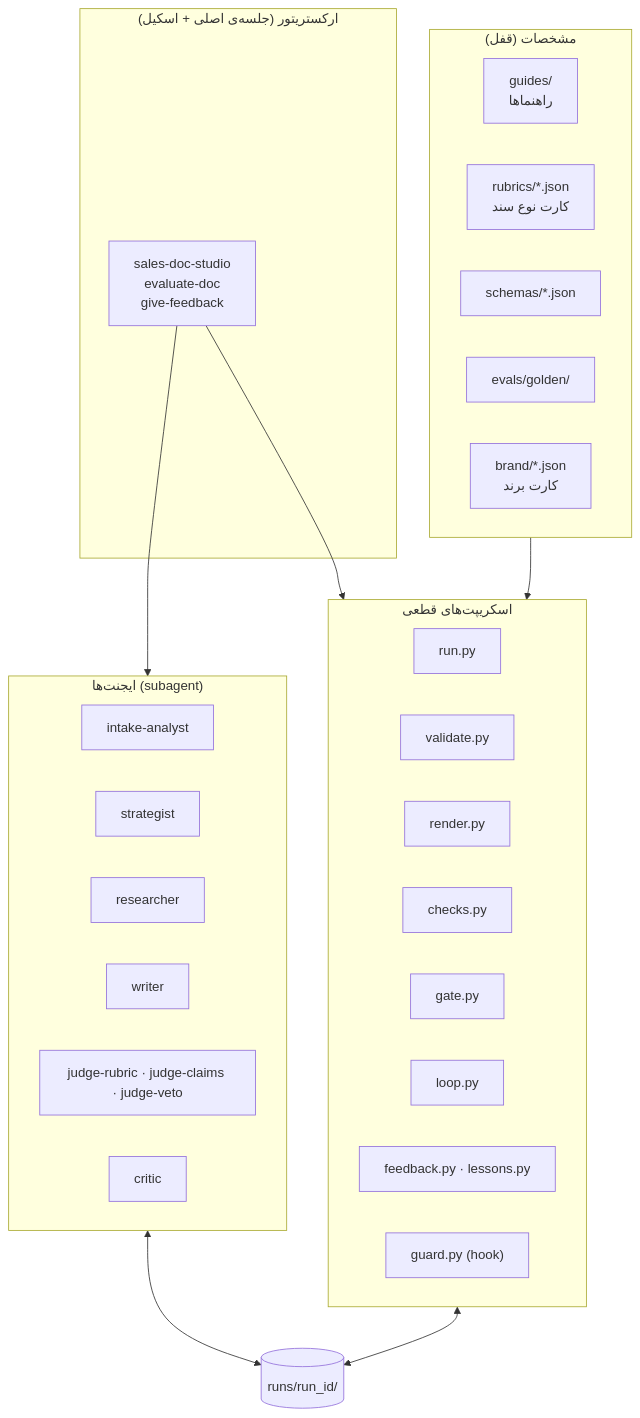
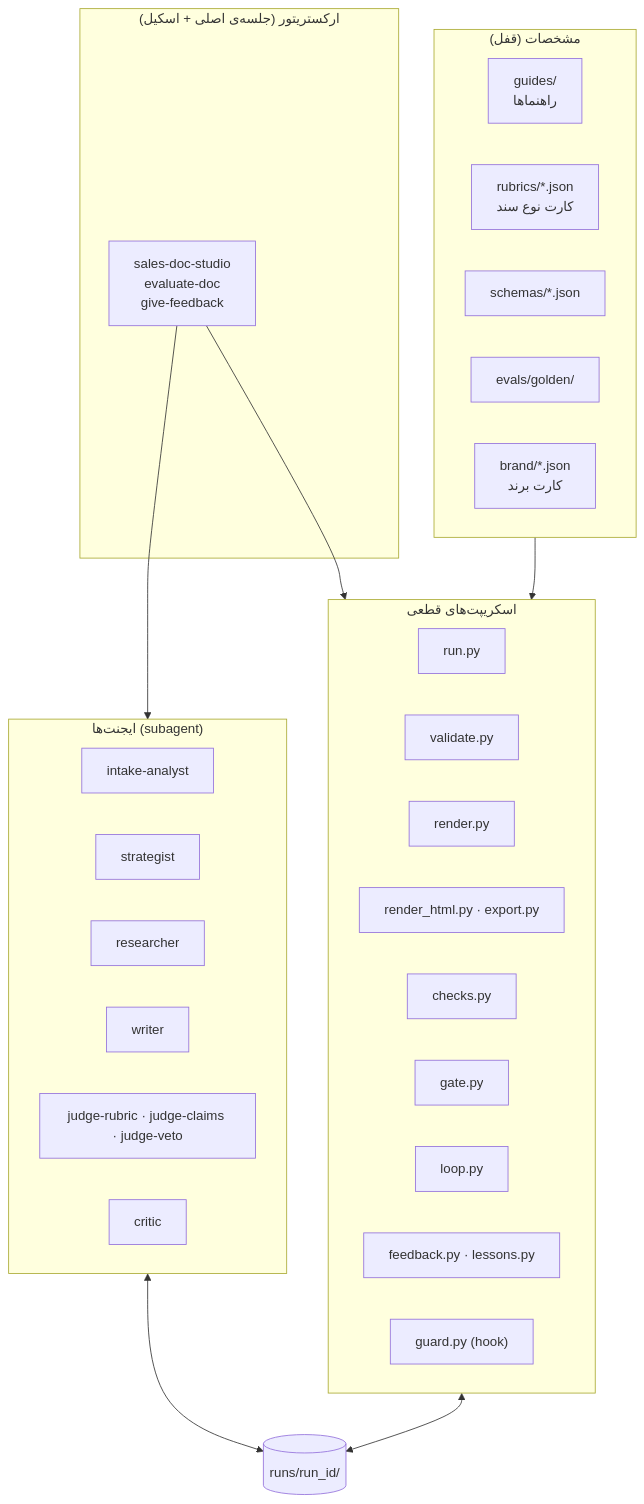
The first of 3 diagrams in docs/۰۱-معماری.md (mahdisoleymani1322-beep/docs), drawn with Mermaid before and after one commit. The commit also changed other lines of this file and 22 other files, not shown here.

````diff
--- a/docs/۰۱-معماری.md
+++ b/docs/۰۱-معماری.md
@@ -19,37 +19,38 @@
 ```mermaid
 flowchart TB
     subgraph SPEC["مشخصات (قفل)"]
         GD["guides/<br/>راهنماها"]
         RB["rubrics/*.json<br/>کارت نوع سند"]
         SC["schemas/*.json"]
         GS["evals/golden/"]
         BR["brand/*.json<br/>کارت برند"]
     end
     subgraph ORCH["ارکستریتور (جلسه‌ی اصلی + اسکیل)"]
         SK["sales-doc-studio<br/>evaluate-doc<br/>give-feedback"]
     end
     subgraph CODE["اسکریپت‌های قطعی"]
         RUN["run.py"]
         VAL["validate.py"]
         REN["render.py"]
+        EXP["render_html.py · export.py"]
         CHK["checks.py"]
         GATE["gate.py"]
         LOOP["loop.py"]
         FB["feedback.py · lessons.py"]
         GRD["guard.py (hook)"]
     end
     subgraph AG["ایجنت‌ها (subagent)"]
         A1["intake-analyst"]
         A2["strategist"]
         A3["researcher"]
         A4["writer"]
         J["judge-rubric · judge-claims · judge-veto"]
         A5["critic"]
     end
     RUNS[("runs/run_id/")]
     SK --> CODE
     SK --> AG
     AG <--> RUNS
     CODE <--> RUNS
     SPEC --> CODE
 ```
````
